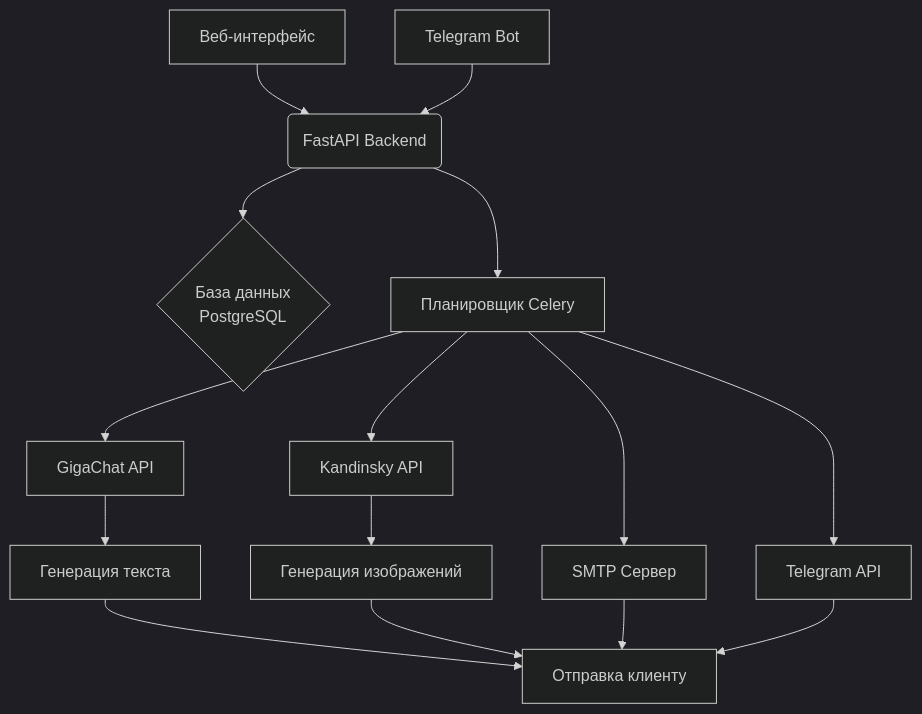
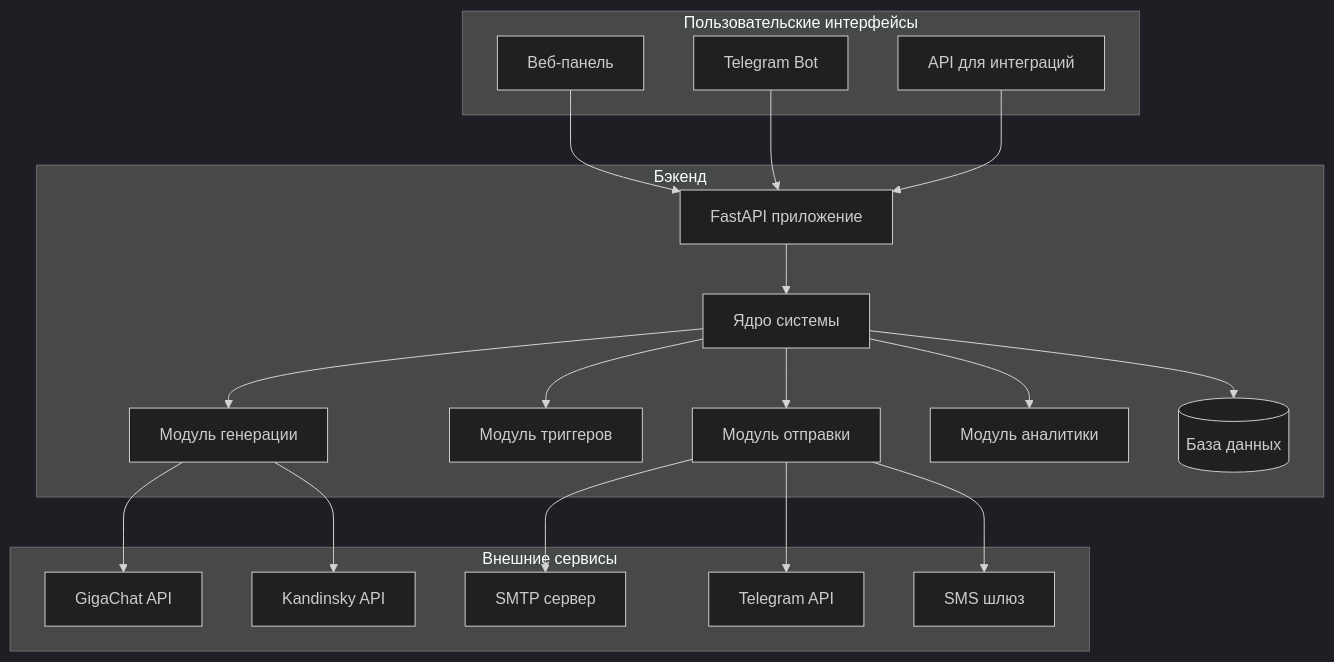
Before and after one commit to Vexen100/sber_congratulations_agent: the diagram in README.md, drawn with Mermaid (dark theme). The commit also changed other lines of this file, not shown here.

````diff
--- a/README.md
+++ b/README.md
@@ -35,17 +33,43 @@
 ```mermaid
 graph TB
-    A[Веб-интерфейс] --> B(FastAPI Backend)
-    C[Telegram Bot] --> B
-    B --> D{База данных<br/>PostgreSQL}
-    B --> E[Планировщик Celery]
-    E --> F[GigaChat API]
-    E --> G[Kandinsky API]
-    E --> H[SMTP Сервер]
-    E --> I[Telegram API]
-    F --> J[Генерация текста]
-    G --> K[Генерация изображений]
-    J --> L[Отправка клиенту]
-    K --> L
-    H --> L
-    I --> L
+    subgraph "Пользовательские интерфейсы"
+        WEB[Веб-панель]
+        TG[Telegram Bot]
+        API[API для интеграций]
+    end
+
+    subgraph "Бэкенд"
+        FASTAPI[FastAPI приложение]
+        CORE[Ядро системы]
+        MOD_GEN[Модуль генерации]
+        MOD_TRIG[Модуль триггеров]
+        MOD_SEND[Модуль отправки]
+        MOD_ANAL[Модуль аналитики]
+        DB[(База данных)]
+    end
+
+    subgraph "Внешние сервисы"
+        GIGA[GigaChat API]
+        KAND[Kandinsky API]
+        SMTP[SMTP сервер]
+        TG_API[Telegram API]
+        SMS_API[SMS шлюз]
+    end
+
+    WEB --> FASTAPI
+    TG --> FASTAPI
+    API --> FASTAPI
+
+    FASTAPI --> CORE
+    CORE --> MOD_GEN
+    CORE --> MOD_TRIG
+    CORE --> MOD_SEND
+    CORE --> MOD_ANAL
+    CORE --> DB
+
+    MOD_GEN --> GIGA
+    MOD_GEN --> KAND
+    MOD_SEND --> SMTP
+    MOD_SEND --> TG_API
+    MOD_SEND --> SMS_API
 ```
````
